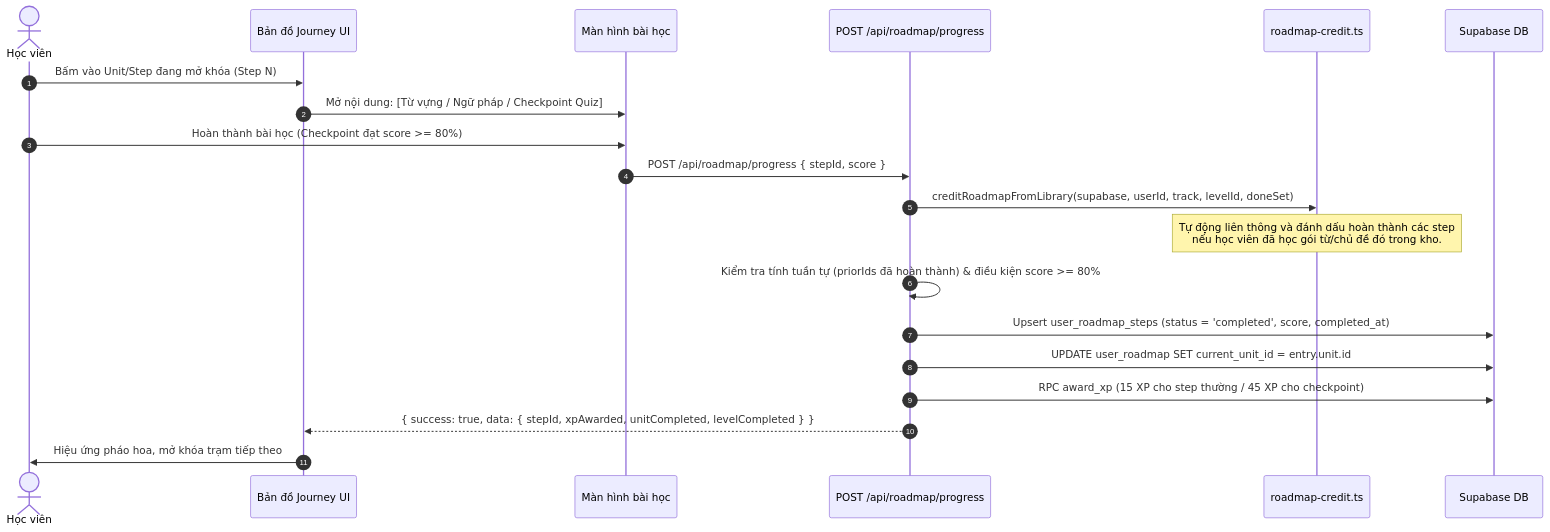
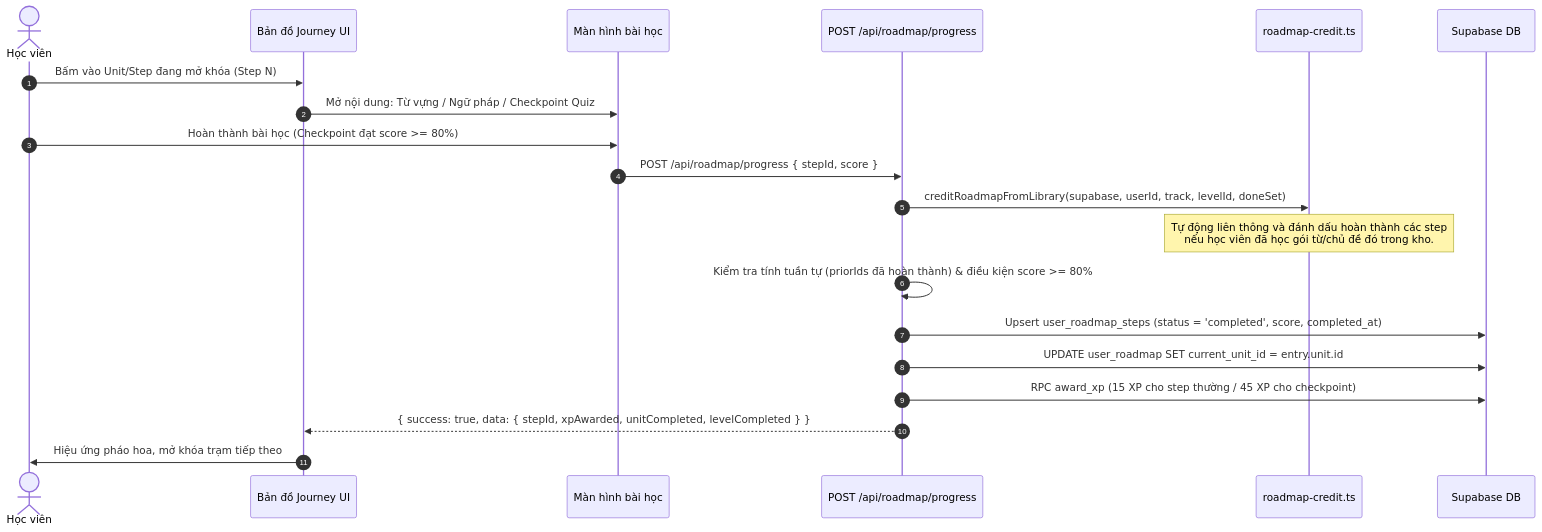
The third of 3 diagrams in agent/docs/SRS_03_ROADMAP_JOURNEY.md (FengProfessor/Vocab), drawn with Mermaid before and after one commit. The commit also changed other lines of this file and 9 other files, not shown here.

Commit message:
docs: document .Net setup, srs, system architect

````diff
--- a/agent/docs/SRS_03_ROADMAP_JOURNEY.md
+++ b/agent/docs/SRS_03_ROADMAP_JOURNEY.md
@@ -110,23 +110,23 @@
 ```mermaid
 sequenceDiagram
     autonumber
     actor Student as Học viên
     participant Map as Bản đồ Journey UI
     participant StepModal as Màn hình bài học
     participant API as POST /api/roadmap/progress
     participant Credit as roadmap-credit.ts
     participant DB as Supabase DB
 
     Student->>Map: Bấm vào Unit/Step đang mở khóa (Step N)
-    Map->>StepModal: Mở nội dung: [Từ vựng / Ngữ pháp / Checkpoint Quiz]
+    Map->>StepModal: Mở nội dung: Từ vựng / Ngữ pháp / Checkpoint Quiz
     Student->>StepModal: Hoàn thành bài học (Checkpoint đạt score >= 80%)
     StepModal->>API: POST /api/roadmap/progress { stepId, score }
     API->>Credit: creditRoadmapFromLibrary(supabase, userId, track, levelId, doneSet)
     Note over Credit: Tự động liên thông và đánh dấu hoàn thành các step<br/>nếu học viên đã học gói từ/chủ đề đó trong kho.
     API->>API: Kiểm tra tính tuần tự (priorIds đã hoàn thành) & điều kiện score >= 80%
     API->>DB: Upsert user_roadmap_steps (status = 'completed', score, completed_at)
     API->>DB: UPDATE user_roadmap SET current_unit_id = entry.unit.id
     API->>DB: RPC award_xp (15 XP cho step thường / 45 XP cho checkpoint)
     API-->>Map: { success: true, data: { stepId, xpAwarded, unitCompleted, levelCompleted } }
     Map->>Student: Hiệu ứng pháo hoa, mở khóa trạm tiếp theo
 ```
````
